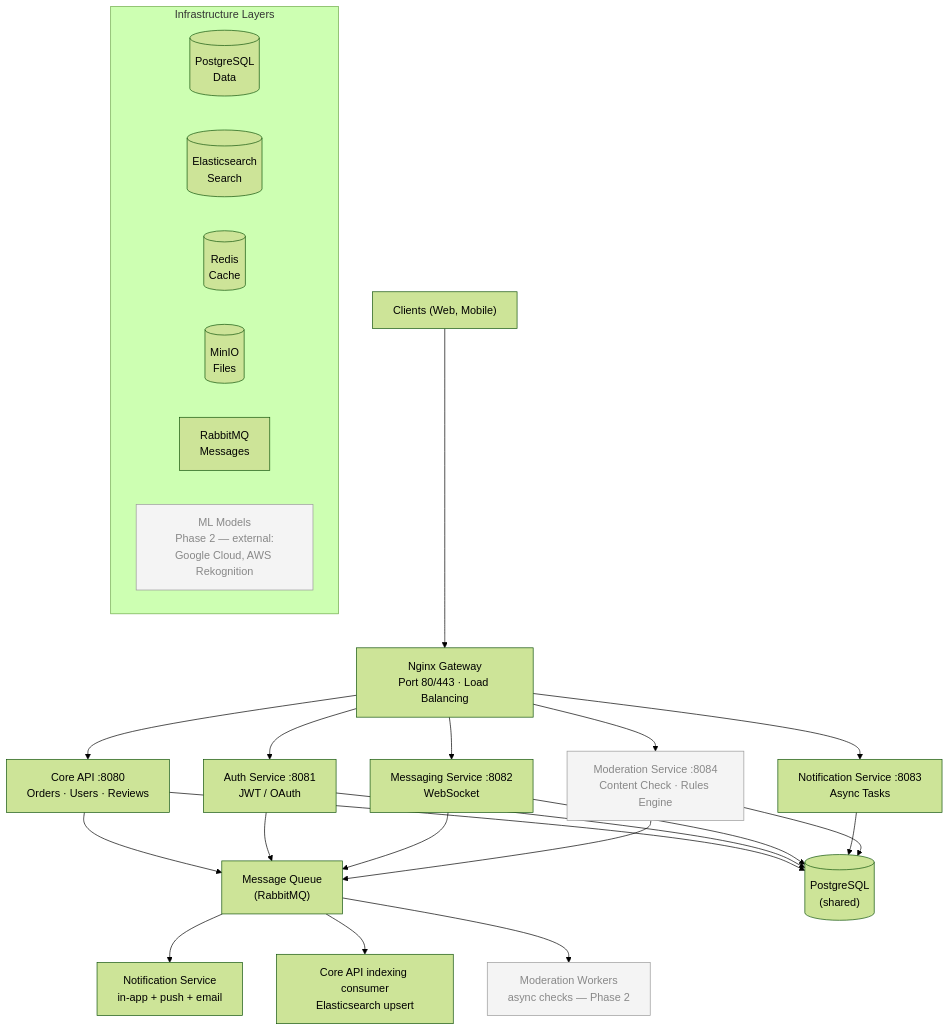
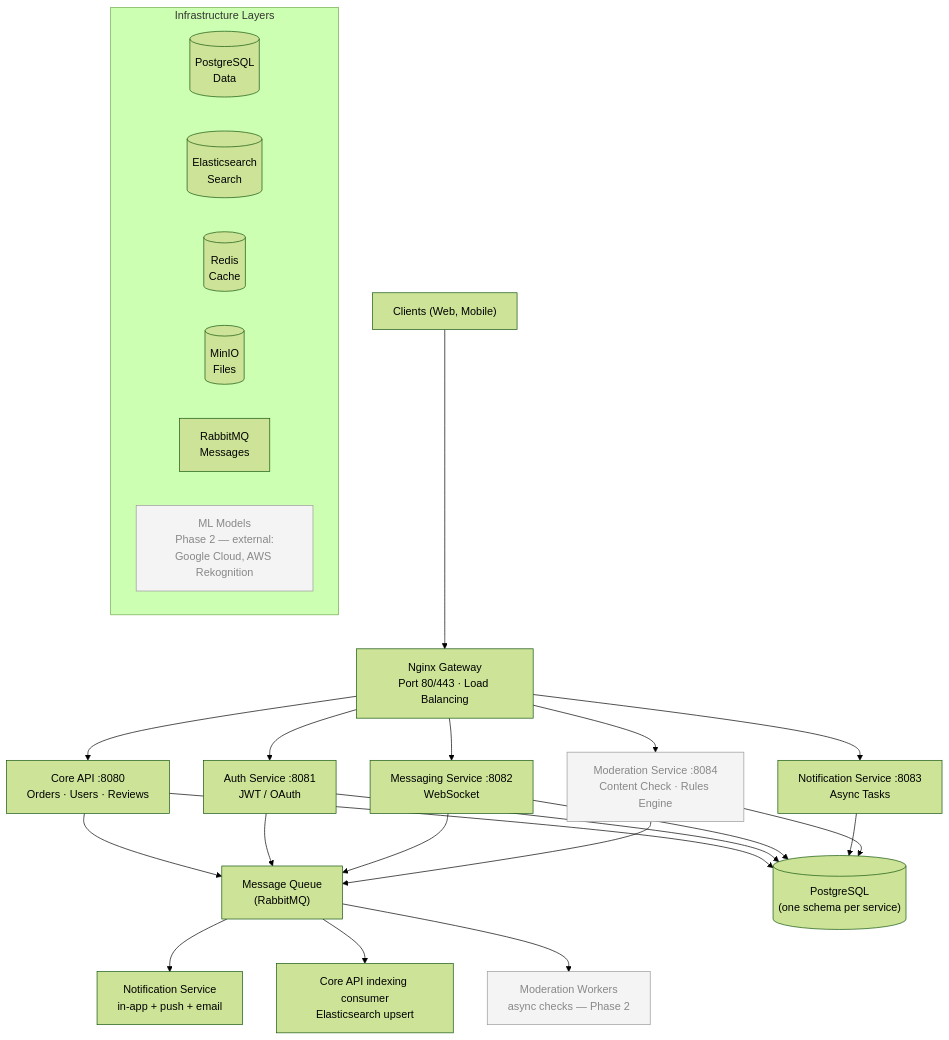
The diagram in docs/3 - System Design.md (Iarylkin/proFinder_backend), drawn with Mermaid (forest theme) before and after one commit. The commit also changed other lines of this file and 12 other files, not shown here.

````diff
--- a/docs/3 - System Design.md
+++ b/docs/3 - System Design.md
@@ -13,38 +13,38 @@
 ```mermaid
 flowchart TD
     Clients["Clients (Web, Mobile)"] --> GW["Nginx Gateway<br/>Port 80/443 · Load Balancing"]
 
     GW --> Core & Auth & Msg & Notif & Mod
 
     Core["Core API :8080<br/>Orders · Users · Reviews"]
     Auth["Auth Service :8081<br/>JWT / OAuth"]
     Msg["Messaging Service :8082<br/>WebSocket"]
     Notif["Notification Service :8083<br/>Async Tasks"]
     Mod["Moderation Service :8084<br/>Content Check · Rules Engine"]
 
     Core --> MQ & PG
     Auth --> MQ & PG
     Msg --> MQ & PG
     Notif --> PG
     Mod --> MQ & PG
 
     MQ["Message Queue<br/>(RabbitMQ)"]
-    PG[("PostgreSQL<br/>(shared)")]
+    PG[("PostgreSQL<br/>(one schema per service)")]
 
     MQ --> C1["Notification Service<br/>in-app + push + email"]
     MQ --> C2["Core API indexing consumer<br/>Elasticsearch upsert"]
     MQ --> C3["Moderation Workers<br/>async checks — Phase 2"]
 
     subgraph Infra["Infrastructure Layers"]
         direction LR
         I1[("PostgreSQL<br/>Data")]
         I2[("Elasticsearch<br/>Search")]
         I3[("Redis<br/>Cache")]
         I4[("MinIO<br/>Files")]
         I5["RabbitMQ<br/>Messages"]
         I6["ML Models<br/>Phase 2 — external:<br/>Google Cloud, AWS Rekognition"]
     end
 
     classDef phase2 fill:#f4f4f4,stroke:#999,color:#888;
     class Mod,C3,I6 phase2;
 ```
````
